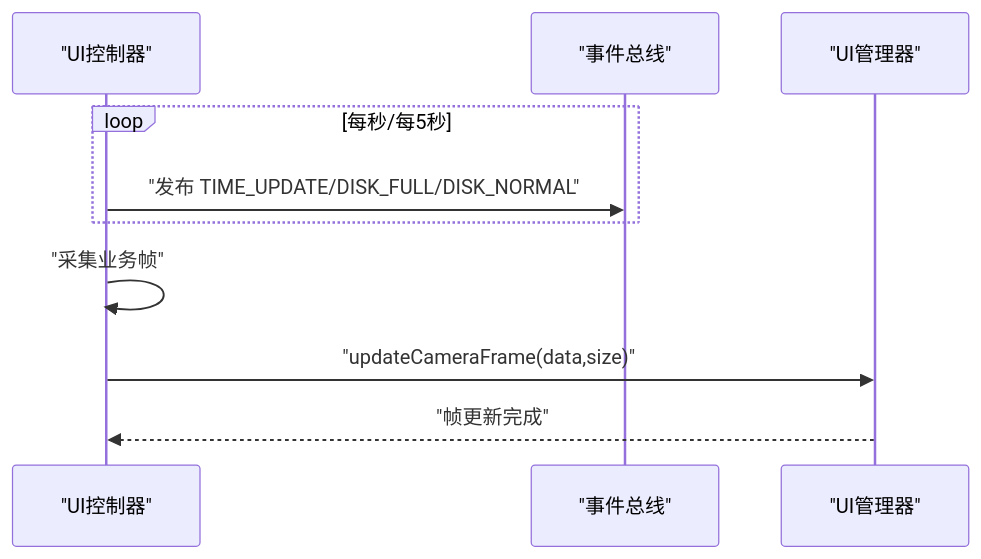
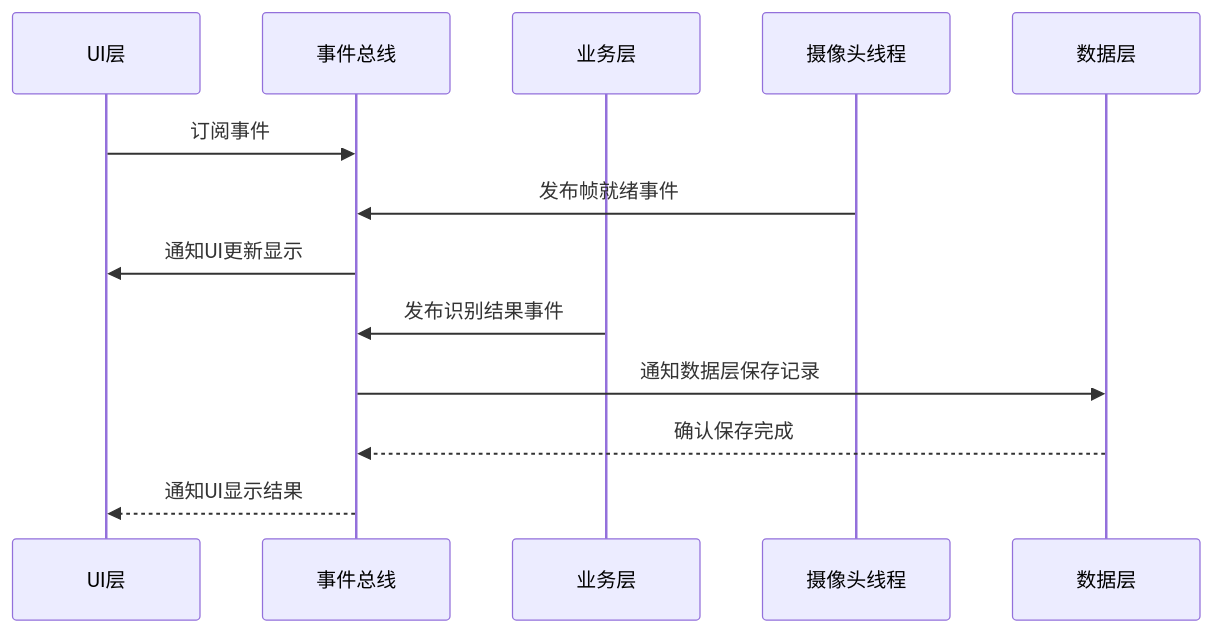
Before and after one commit to Drunk552/SmartAttendance: the second of 9 diagrams in .qoder/repowiki/zh/content/系统架构设计/系统架构设计.md, drawn with Mermaid. The commit also changed other lines of this file and 119 other files, not shown here.

````diff
--- a/.qoder/repowiki/zh/content/系统架构设计/系统架构设计.md
+++ b/.qoder/repowiki/zh/content/系统架构设计/系统架构设计.md
@@ -279,12 +107,15 @@
 ```mermaid
 sequenceDiagram
-participant UI as "UI控制器"
-participant Bus as "事件总线"
-participant Manager as "UI管理器"
-loop 每秒/每5秒
-UI->>Bus : "发布 TIME_UPDATE/DISK_FULL/DISK_NORMAL"
-end
-UI->>UI : "采集业务帧"
-UI->>Manager : "updateCameraFrame(data,size)"
-Manager-->>UI : "帧更新完成"
+participant UI as UI层
+participant Bus as 事件总线
+participant Business as 业务层
+participant Camera as 摄像头线程
+participant Data as 数据层
+UI->>Bus : 订阅事件
+Camera->>Bus : 发布帧就绪事件
+Bus->>UI : 通知UI更新显示
+Business->>Bus : 发布识别结果事件
+Bus->>Data : 通知数据层保存记录
+Data-->>Bus : 确认保存完成
+Bus-->>UI : 通知UI显示结果
 ```
````
